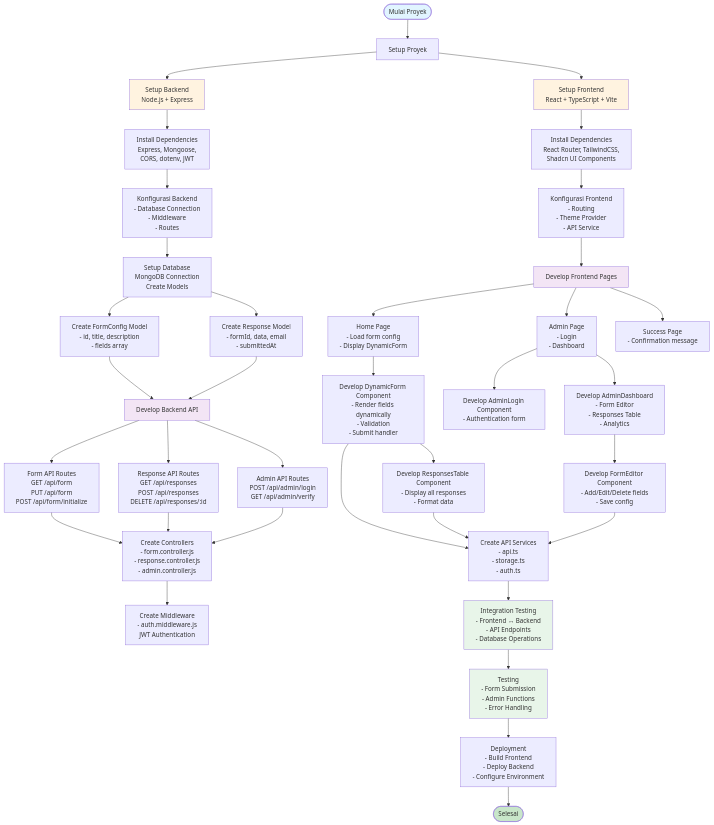
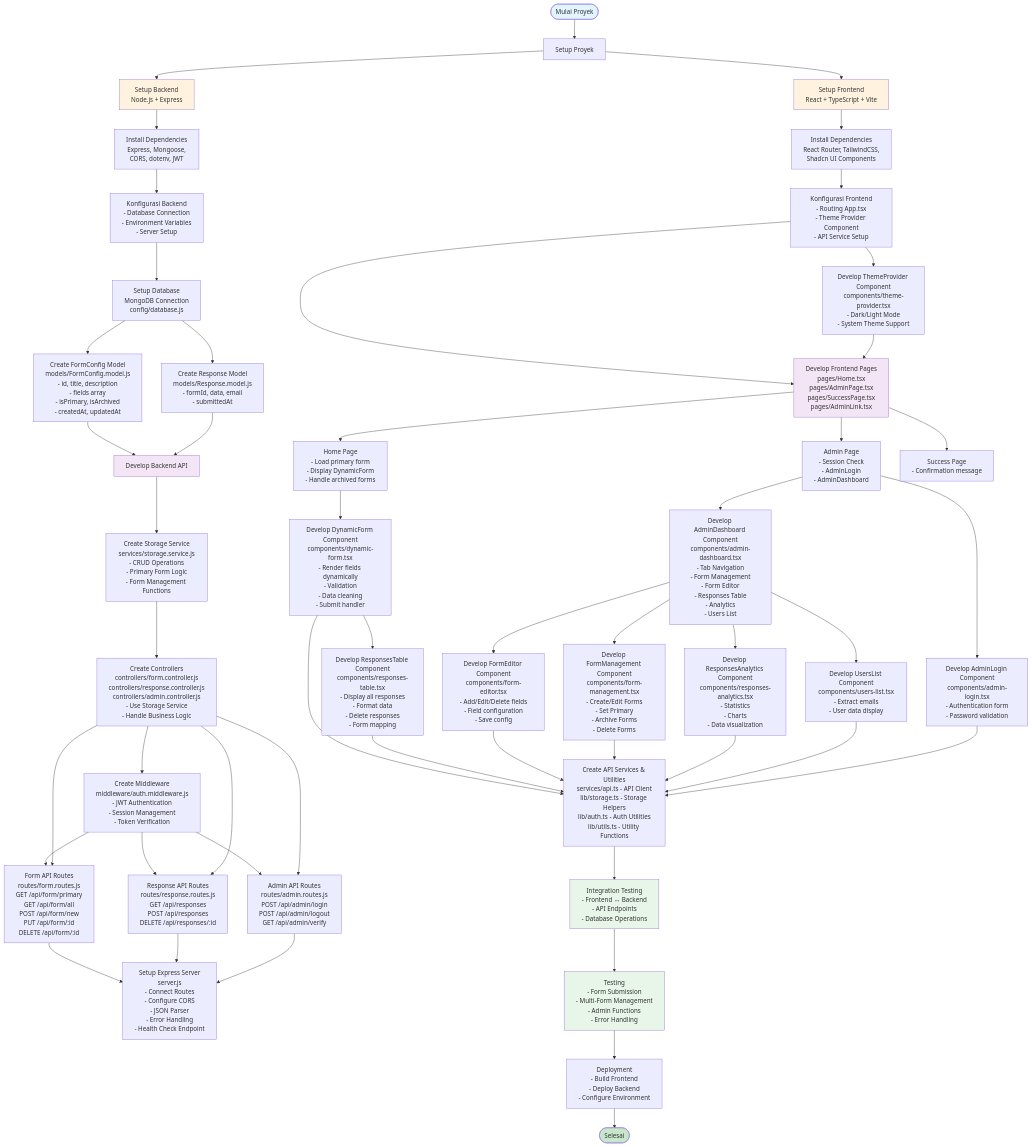
The first of 9 diagrams in FLOWCHART.md (MarioSitepu/form-survei-wisuda), drawn with Mermaid before and after one commit. The commit also changed other lines of this file and 4 other files, not shown here.

Commit message:
feat : adding web flow development

```diff
--- a/FLOWCHART.md
+++ b/FLOWCHART.md
@@ -12,47 +12,66 @@
     SetupFE --> InstallFE[Install Dependencies<br/>React Router, TailwindCSS,<br/>Shadcn UI Components]
     SetupBE --> InstallBE[Install Dependencies<br/>Express, Mongoose,<br/>CORS, dotenv, JWT]
     
-    InstallFE --> ConfigFE[Konfigurasi Frontend<br/>- Routing<br/>- Theme Provider<br/>- API Service]
-    InstallBE --> ConfigBE[Konfigurasi Backend<br/>- Database Connection<br/>- Middleware<br/>- Routes]
+    InstallFE --> ConfigFE[Konfigurasi Frontend<br/>- Routing App.tsx<br/>- Theme Provider Component<br/>- API Service Setup]
+    InstallBE --> ConfigBE[Konfigurasi Backend<br/>- Database Connection<br/>- Environment Variables<br/>- Server Setup]
     
-    ConfigBE --> DBSetup[Setup Database<br/>MongoDB Connection<br/>Create Models]
+    ConfigBE --> DBSetup[Setup Database<br/>MongoDB Connection<br/>config/database.js]
     
-    DBSetup --> ModelForm[Create FormConfig Model<br/>- id, title, description<br/>- fields array]
-    DBSetup --> ModelResponse[Create Response Model<br/>- formId, data, email<br/>- submittedAt]
+    DBSetup --> ModelForm[Create FormConfig Model<br/>models/FormConfig.model.js<br/>- id, title, description<br/>- fields array<br/>- isPrimary, isArchived<br/>- createdAt, updatedAt]
+    DBSetup --> ModelResponse[Create Response Model<br/>models/Response.model.js<br/>- formId, data, email<br/>- submittedAt]
     
     ModelForm --> BackendAPI[Develop Backend API]
     ModelResponse --> BackendAPI
     
-    BackendAPI --> APIForm[Form API Routes<br/>GET /api/form<br/>PUT /api/form<br/>POST /api/form/initialize]
-    BackendAPI --> APIResponse[Response API Routes<br/>GET /api/responses<br/>POST /api/responses<br/>DELETE /api/responses/:id]
-    BackendAPI --> APIAdmin[Admin API Routes<br/>POST /api/admin/login<br/>GET /api/admin/verify]
+    BackendAPI --> StorageService[Create Storage Service<br/>services/storage.service.js<br/>- CRUD Operations<br/>- Primary Form Logic<br/>- Form Management Functions]
     
-    APIForm --> Controllers[Create Controllers<br/>- form.controller.js<br/>- response.controller.js<br/>- admin.controller.js]
-    APIResponse --> Controllers
-    APIAdmin --> Controllers
+    StorageService --> Controllers[Create Controllers<br/>controllers/form.controller.js<br/>controllers/response.controller.js<br/>controllers/admin.controller.js<br/>- Use Storage Service<br/>- Handle Business Logic]
     
-    Controllers --> Middleware[Create Middleware<br/>- auth.middleware.js<br/>JWT Authentication]
+    Controllers --> Middleware[Create Middleware<br/>middleware/auth.middleware.js<br/>- JWT Authentication<br/>- Session Management<br/>- Token Verification]
     
-    ConfigFE --> FrontendPages[Develop Frontend Pages]
+    Middleware --> APIForm[Form API Routes<br/>routes/form.routes.js<br/>GET /api/form/primary<br/>GET /api/form/all<br/>POST /api/form/new<br/>PUT /api/form/:id<br/>DELETE /api/form/:id]
+    Middleware --> APIResponse[Response API Routes<br/>routes/response.routes.js<br/>GET /api/responses<br/>POST /api/responses<br/>DELETE /api/responses/:id]
+    Middleware --> APIAdmin[Admin API Routes<br/>routes/admin.routes.js<br/>POST /api/admin/login<br/>POST /api/admin/logout<br/>GET /api/admin/verify]
     
-    FrontendPages --> PageHome[Home Page<br/>- Load form config<br/>- Display DynamicForm]
-    FrontendPages --> PageAdmin[Admin Page<br/>- Login<br/>- Dashboard]
+    Controllers --> APIForm
+    Controllers --> APIResponse
+    Controllers --> APIAdmin
+    
+    APIForm --> ServerSetup[Setup Express Server<br/>server.js<br/>- Connect Routes<br/>- Configure CORS<br/>- JSON Parser<br/>- Error Handling<br/>- Health Check Endpoint]
+    APIResponse --> ServerSetup
+    APIAdmin --> ServerSetup
+    
+    ConfigFE --> FrontendPages[Develop Frontend Pages<br/>pages/Home.tsx<br/>pages/AdminPage.tsx<br/>pages/SuccessPage.tsx<br/>pages/AdminLink.tsx]
+    
+    FrontendPages --> PageHome[Home Page<br/>- Load primary form<br/>- Display DynamicForm<br/>- Handle archived forms]
+    FrontendPages --> PageAdmin[Admin Page<br/>- Session Check<br/>- AdminLogin<br/>- AdminDashboard]
     FrontendPages --> PageSuccess[Success Page<br/>- Confirmation message]
     
-    PageHome --> ComponentForm[Develop DynamicForm Component<br/>- Render fields dynamically<br/>- Validation<br/>- Submit handler]
-    PageAdmin --> ComponentLogin[Develop AdminLogin Component<br/>- Authentication form]
-    PageAdmin --> ComponentDashboard[Develop AdminDashboard<br/>- Form Editor<br/>- Responses Table<br/>- Analytics]
+    ConfigFE --> ComponentTheme[Develop ThemeProvider Component<br/>components/theme-provider.tsx<br/>- Dark/Light Mode<br/>- System Theme Support]
     
-    ComponentForm --> ComponentTable[Develop ResponsesTable Component<br/>- Display all responses<br/>- Format data]
-    ComponentDashboard --> ComponentEditor[Develop FormEditor Component<br/>- Add/Edit/Delete fields<br/>- Save config]
+    ComponentTheme --> FrontendPages
     
-    ComponentForm --> Services[Create API Services<br/>- api.ts<br/>- storage.ts<br/>- auth.ts]
+    PageHome --> ComponentForm[Develop DynamicForm Component<br/>components/dynamic-form.tsx<br/>- Render fields dynamically<br/>- Validation<br/>- Data cleaning<br/>- Submit handler]
+    PageAdmin --> ComponentLogin[Develop AdminLogin Component<br/>components/admin-login.tsx<br/>- Authentication form<br/>- Password validation]
+    PageAdmin --> ComponentDashboard[Develop AdminDashboard Component<br/>components/admin-dashboard.tsx<br/>- Tab Navigation<br/>- Form Management<br/>- Form Editor<br/>- Responses Table<br/>- Analytics<br/>- Users List]
+    
+    ComponentForm --> ComponentTable[Develop ResponsesTable Component<br/>components/responses-table.tsx<br/>- Display all responses<br/>- Format data<br/>- Delete responses<br/>- Form mapping]
+    ComponentDashboard --> ComponentEditor[Develop FormEditor Component<br/>components/form-editor.tsx<br/>- Add/Edit/Delete fields<br/>- Field configuration<br/>- Save config]
+    ComponentDashboard --> ComponentManagement[Develop FormManagement Component<br/>components/form-management.tsx<br/>- Create/Edit Forms<br/>- Set Primary<br/>- Archive Forms<br/>- Delete Forms]
+    ComponentDashboard --> ComponentAnalytics[Develop ResponsesAnalytics Component<br/>components/responses-analytics.tsx<br/>- Statistics<br/>- Charts<br/>- Data visualization]
+    ComponentDashboard --> ComponentUsers[Develop UsersList Component<br/>components/users-list.tsx<br/>- Extract emails<br/>- User data display]
+    
+    ComponentForm --> Services[Create API Services & Utilities<br/>services/api.ts - API Client<br/>lib/storage.ts - Storage Helpers<br/>lib/auth.ts - Auth Utilities<br/>lib/utils.ts - Utility Functions]
     ComponentTable --> Services
     ComponentEditor --> Services
+    ComponentManagement --> Services
+    ComponentAnalytics --> Services
+    ComponentUsers --> Services
+    ComponentLogin --> Services
     
     Services --> Integration[Integration Testing<br/>- Frontend ↔ Backend<br/>- API Endpoints<br/>- Database Operations]
     
-    Integration --> Testing[Testing<br/>- Form Submission<br/>- Admin Functions<br/>- Error Handling]
+    Integration --> Testing[Testing<br/>- Form Submission<br/>- Multi-Form Management<br/>- Admin Functions<br/>- Error Handling]
     
     Testing --> Deploy[Deployment<br/>- Build Frontend<br/>- Deploy Backend<br/>- Configure Environment]
     
```
